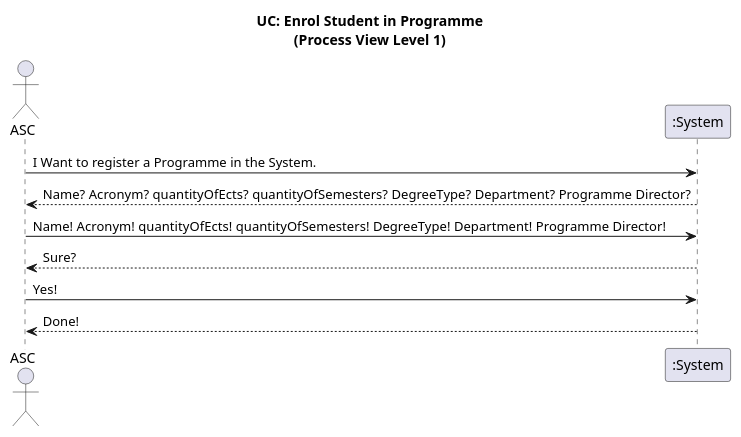
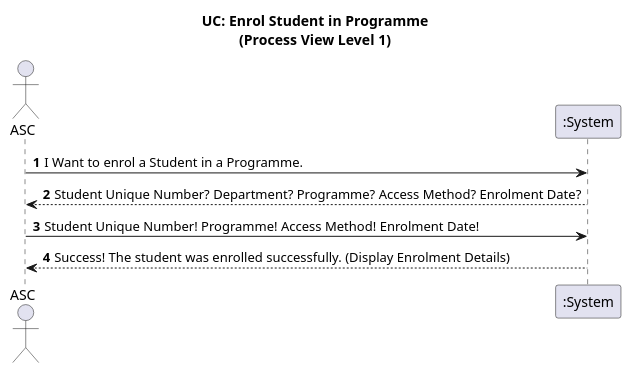
Before and after one commit to GasparISEP/DevOps-PAI: the diagram in docs/US09/ProcessView/level1Diagrams/Level1.puml, drawn with PlantUML.

Commit message:
Updated Level 1 ProcessView SSD for REF #783

```diff
--- a/docs/US09/ProcessView/level1Diagrams/Level1.puml
+++ b/docs/US09/ProcessView/level1Diagrams/Level1.puml
@@ -1,15 +1,14 @@
 @startuml
 
 title UC: Enrol Student in Programme\n(Process View Level 1)
+autonumber
 
 actor ASC as Admin
 participant ":System" as System
 
-Admin -> System  : I Want to register a Programme in the System.
-System --> Admin  : Name? Acronym? quantityOfEcts? quantityOfSemesters?  DegreeType? Department? Programme Director?
-Admin -> System  : Name! Acronym! quantityOfEcts! quantityOfSemesters!  DegreeType! Department! Programme Director!
-System --> Admin  : Sure?
-Admin -> System  : Yes!
-System --> Admin  : Done!
+Admin -> System  : I Want to enrol a Student in a Programme.
+System --> Admin  : Student Unique Number? Department? Programme? Access Method? Enrolment Date?
+Admin -> System  : Student Unique Number! Programme! Access Method! Enrolment Date!
+System --> Admin  : Success! The student was enrolled successfully. (Display Enrolment Details)
 
 @enduml
```
